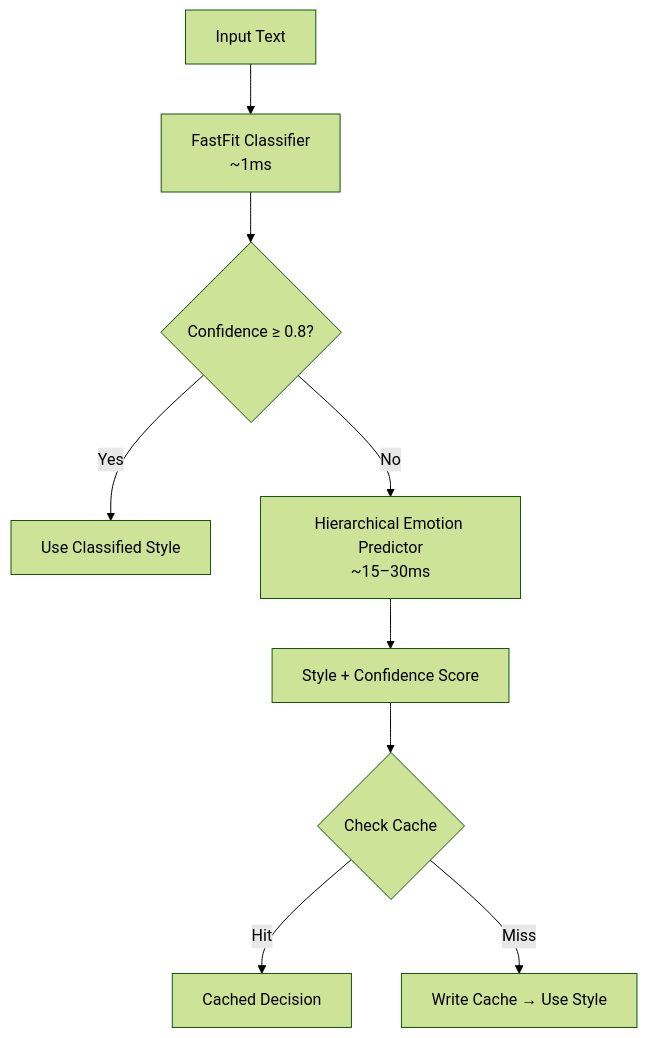
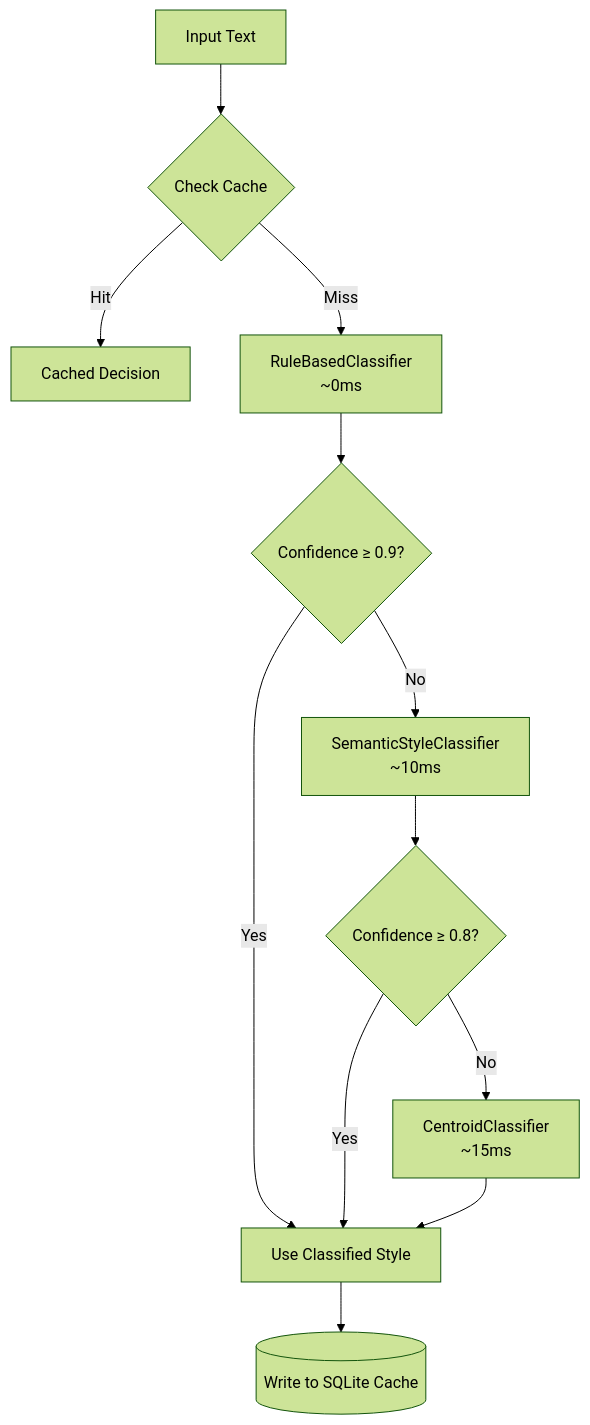
The second of 7 diagrams in docs/system-design.md (Mathews-Tom/VoxID), drawn with Mermaid (forest theme) before and after one commit. The commit also changed other lines of this file and 3 other files, not shown here.

````diff
--- a/docs/system-design.md
+++ b/docs/system-design.md
@@ -205,11 +209,14 @@
 ```mermaid
 flowchart TD
-    A[Input Text] --> B[FastFit Classifier\n~1ms]
-    B --> C{Confidence ≥ 0.8?}
-    C -- Yes --> D[Use Classified Style]
-    C -- No --> E[Hierarchical Emotion Predictor\n~15–30ms]
-    E --> F[Style + Confidence Score]
-    F --> G{Check Cache}
-    G -- Hit --> H[Cached Decision]
-    G -- Miss --> I[Write Cache → Use Style]
+    A[Input Text] --> CHK{Check Cache}
+    CHK -- Hit --> H[Cached Decision]
+    CHK -- Miss --> B[RuleBasedClassifier\n~0ms]
+    B --> C{Confidence ≥ 0.9?}
+    C -- Yes --> USE[Use Classified Style]
+    C -- No --> D[SemanticStyleClassifier\n~10ms]
+    D --> E{Confidence ≥ 0.8?}
+    E -- Yes --> USE
+    E -- No --> F[CentroidClassifier\n~15ms]
+    F --> USE
+    USE --> CACHE[(Write to SQLite Cache)]
 ```
````
